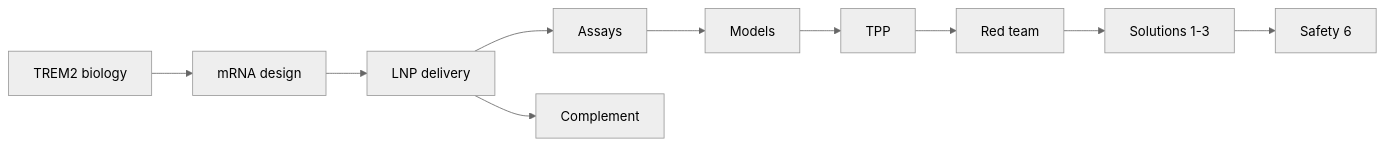
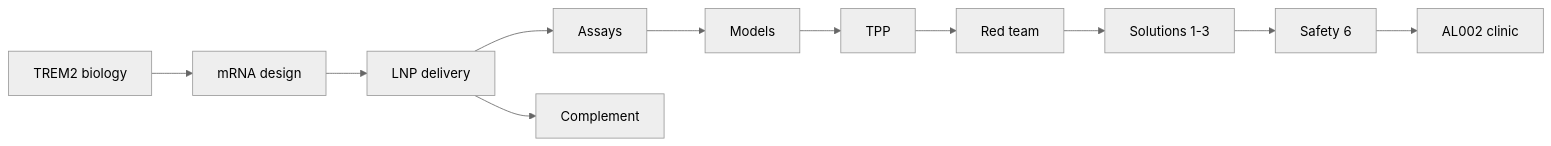
Before and after one commit to CosmicCEO/novellum: the diagram in science/README.md, drawn with Mermaid (neutral theme). The commit also changed other lines of this file, not shown here.

````diff
--- a/science/README.md
+++ b/science/README.md
@@ -7,12 +7,13 @@
 ```mermaid
 flowchart LR
   B[TREM2 biology] --> M[mRNA design]
   M --> D[LNP delivery]
   D --> A[Assays]
   A --> Mod[Models]
   Mod --> T[TPP]
   D --> C[Complement]
   T --> R[Red team]
   R --> S[Solutions 1-3]
   S --> Saf[Safety 6]
+  Saf --> AL[AL002 clinic]
 ```
````
